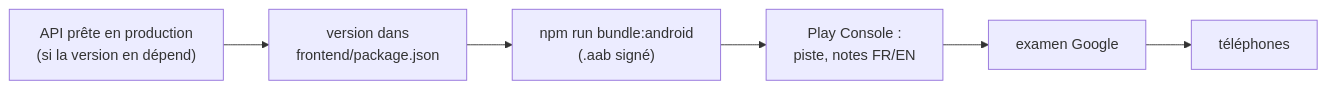
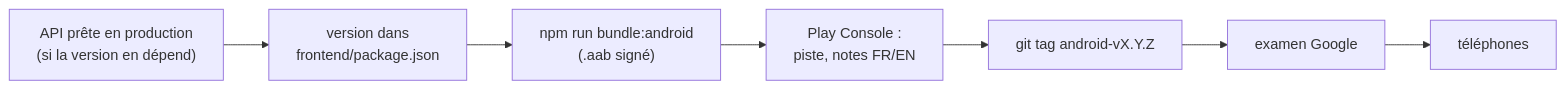
The diagram in docs/how-to/publish-the-android-app.md (mauvaisetroupe/countrep), drawn with Mermaid before and after one commit. The commit also changed other lines of this file and 6 other files, not shown here.

Commit message:
build(android): refuse to bundle from uncommitted changes, tag android-vX.Y.Z releases

````diff
--- a/docs/how-to/publish-the-android-app.md
+++ b/docs/how-to/publish-the-android-app.md
@@ -7,6 +7,6 @@
 ```mermaid
 flowchart LR
     web["API prête en production<br/>(si la version en dépend)"] --> version["version dans<br/>frontend/package.json"]
-    version --> bundle["npm run bundle:android<br/>(.aab signé)"] --> play["Play Console :<br/>piste, notes FR/EN"]
-    play --> review["examen Google"] --> users["téléphones"]
+    version --> bundle["npm run bundle:android<br/>(.aab signé)"] --> play["Play Console :<br/>piste, notes FR/EN"] --> tag["git tag android-vX.Y.Z"]
+    tag --> review["examen Google"] --> users["téléphones"]
 ```
````
